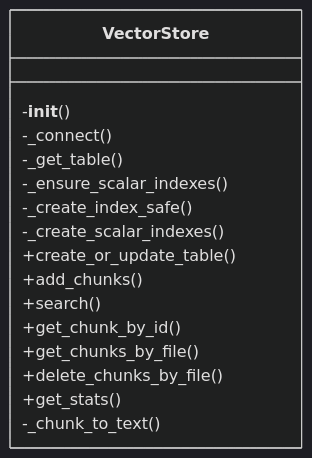
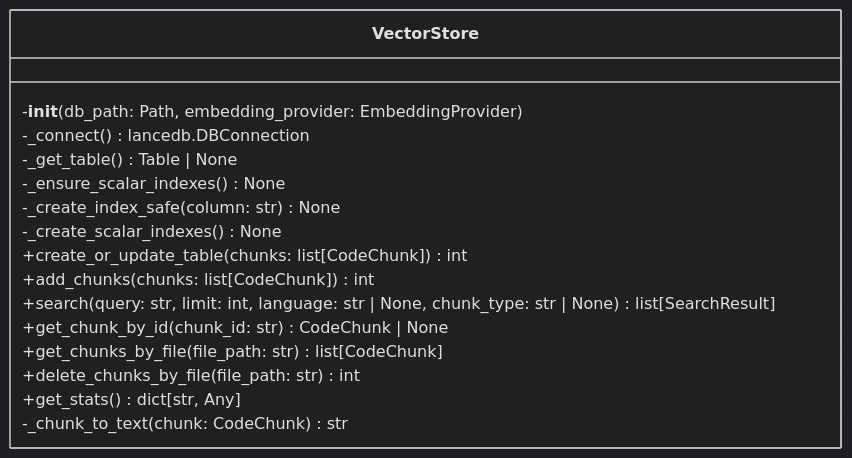
One commit to UrbanDiver/local-deepwiki-mcp changed the first of 2 diagrams in .deepwiki/files/src/local_deepwiki/core/vectorstore.md. Above: the diagram before and after it, drawn with Mermaid (dark theme). The commit also changed other lines of this file and 30 other files, not shown here.

````diff
--- a/.deepwiki/files/src/local_deepwiki/core/vectorstore.md
+++ b/.deepwiki/files/src/local_deepwiki/core/vectorstore.md
@@ -200,19 +151,19 @@
 ```mermaid
 classDiagram
     class VectorStore {
-        -__init__()
-        -_connect()
-        -_get_table()
-        -_ensure_scalar_indexes()
-        -_create_index_safe()
-        -_create_scalar_indexes()
-        +create_or_update_table()
-        +add_chunks()
-        +search()
-        +get_chunk_by_id()
-        +get_chunks_by_file()
-        +delete_chunks_by_file()
-        +get_stats()
-        -_chunk_to_text()
+        -__init__(db_path: Path, embedding_provider: EmbeddingProvider)
+        -_connect() lancedb.DBConnection
+        -_get_table() Table | None
+        -_ensure_scalar_indexes() None
+        -_create_index_safe(column: str) None
+        -_create_scalar_indexes() None
+        +create_or_update_table(chunks: list[CodeChunk]) int
+        +add_chunks(chunks: list[CodeChunk]) int
+        +search(query: str, limit: int, language: str | None, chunk_type: str | None) list[SearchResult]
+        +get_chunk_by_id(chunk_id: str) CodeChunk | None
+        +get_chunks_by_file(file_path: str) list[CodeChunk]
+        +delete_chunks_by_file(file_path: str) int
+        +get_stats() dict[str, Any]
+        -_chunk_to_text(chunk: CodeChunk) str
     }
 ```
````
